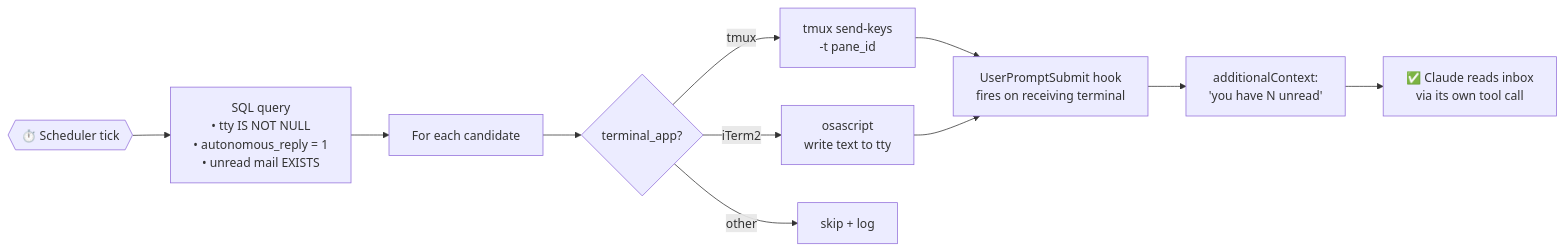
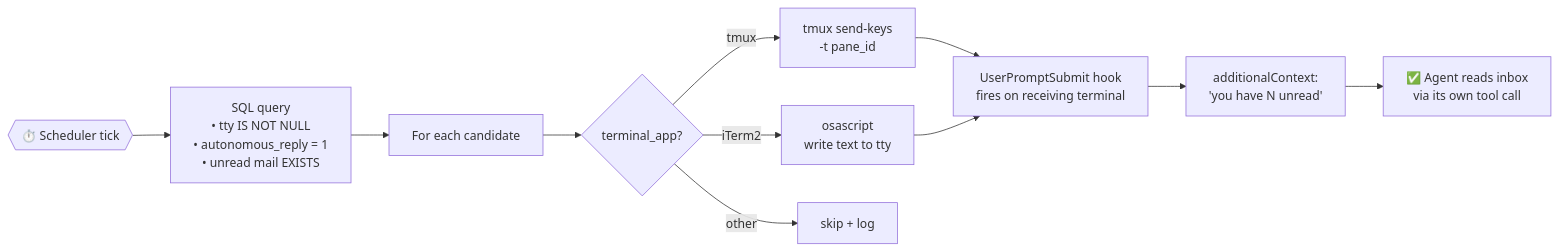
One commit to RBJGlobal/claudelink changed the fourth of 4 diagrams in README.md. Above: the diagram before and after it, drawn with Mermaid. The commit also changed other lines of this file and 2 other files, not shown here.

````diff
--- a/README.md
+++ b/README.md
@@ -147,13 +187,13 @@
 ```mermaid
 flowchart LR
     TICK{{"⏱️ Scheduler tick"}} --> Q["SQL query<br/>• tty IS NOT NULL<br/>• autonomous_reply = 1<br/>• unread mail EXISTS"]
     Q --> EACH["For each candidate"]
     EACH --> APP{"terminal_app?"}
     APP -->|tmux| TM["tmux send-keys<br/>-t pane_id"]
     APP -->|iTerm2| IT["osascript<br/>write text to tty"]
     APP -->|other| SK["skip + log"]
     TM --> HOOK["UserPromptSubmit hook<br/>fires on receiving terminal"]
     IT --> HOOK
     HOOK --> INJ["additionalContext:<br/>'you have N unread'"]
-    INJ --> CLAUDE["✅ Claude reads inbox<br/>via its own tool call"]
+    INJ --> CLAUDE["✅ Agent reads inbox<br/>via its own tool call"]
 ```
````
